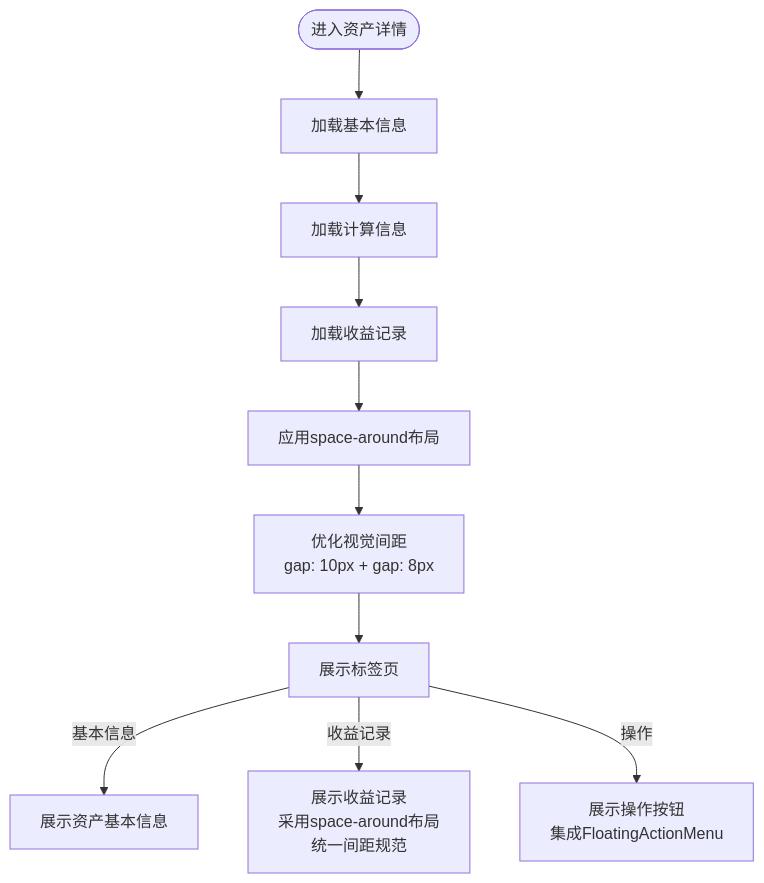
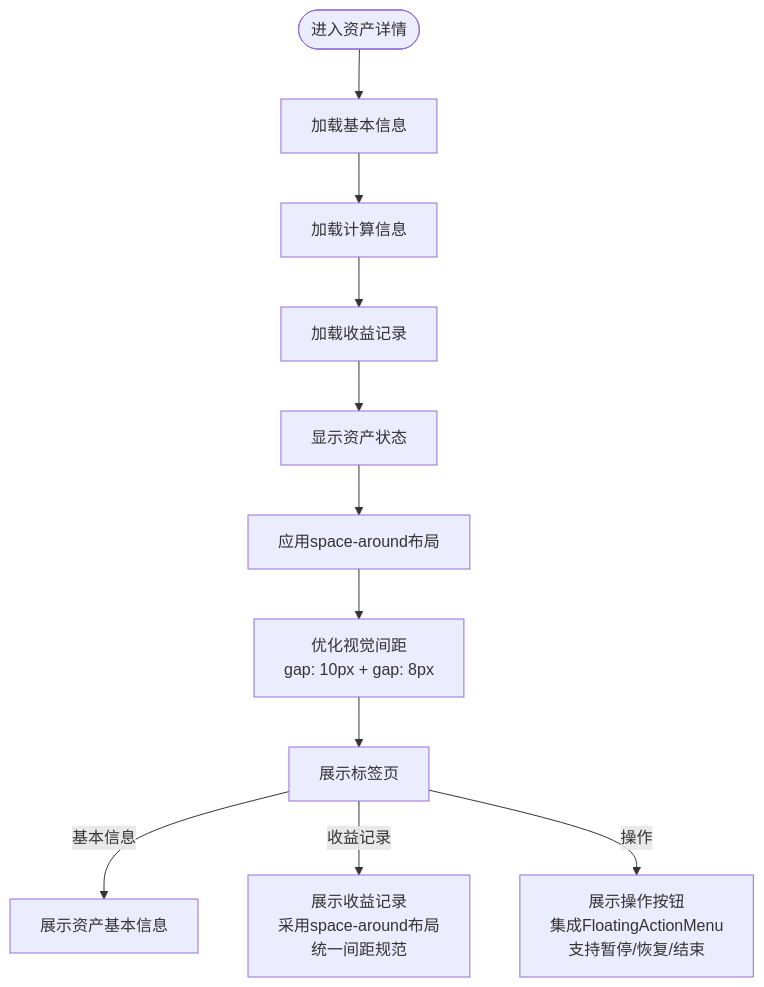
One commit to xiao-lin-unit/yuan changed the fourth of 15 diagrams in .qoder/repowiki/zh/content/资产管理/资产管理.md. Above: the diagram before and after it, drawn with Mermaid. The commit also changed other lines of this file and 51 other files, not shown here.

````diff
--- a/.qoder/repowiki/zh/content/资产管理/资产管理.md
+++ b/.qoder/repowiki/zh/content/资产管理/资产管理.md
@@ -266,12 +281,13 @@
 ```mermaid
 flowchart TD
 Enter(["进入资产详情"]) --> LoadBasic["加载基本信息"]
 LoadBasic --> LoadCalc["加载计算信息"]
 LoadCalc --> LoadRecords["加载收益记录"]
-LoadRecords --> SpaceAround["应用space-around布局"]
+LoadRecords --> ShowStatus["显示资产状态"]
+ShowStatus --> SpaceAround["应用space-around布局"]
 SpaceAround --> OptimizeSpacing["优化视觉间距<br/>gap: 10px + gap: 8px"]
 OptimizeSpacing --> ShowTabs["展示标签页"]
 ShowTabs --> |基本信息| BasicInfo["展示资产基本信息"]
 ShowTabs --> |收益记录| IncomeRecords["展示收益记录<br/>采用space-around布局<br/>统一间距规范"]
-ShowTabs --> |操作| Actions["展示操作按钮<br/>集成FloatingActionMenu"]
+ShowTabs --> |操作| Actions["展示操作按钮<br/>集成FloatingActionMenu<br/>支持暂停/恢复/结束"]
 ```
````
